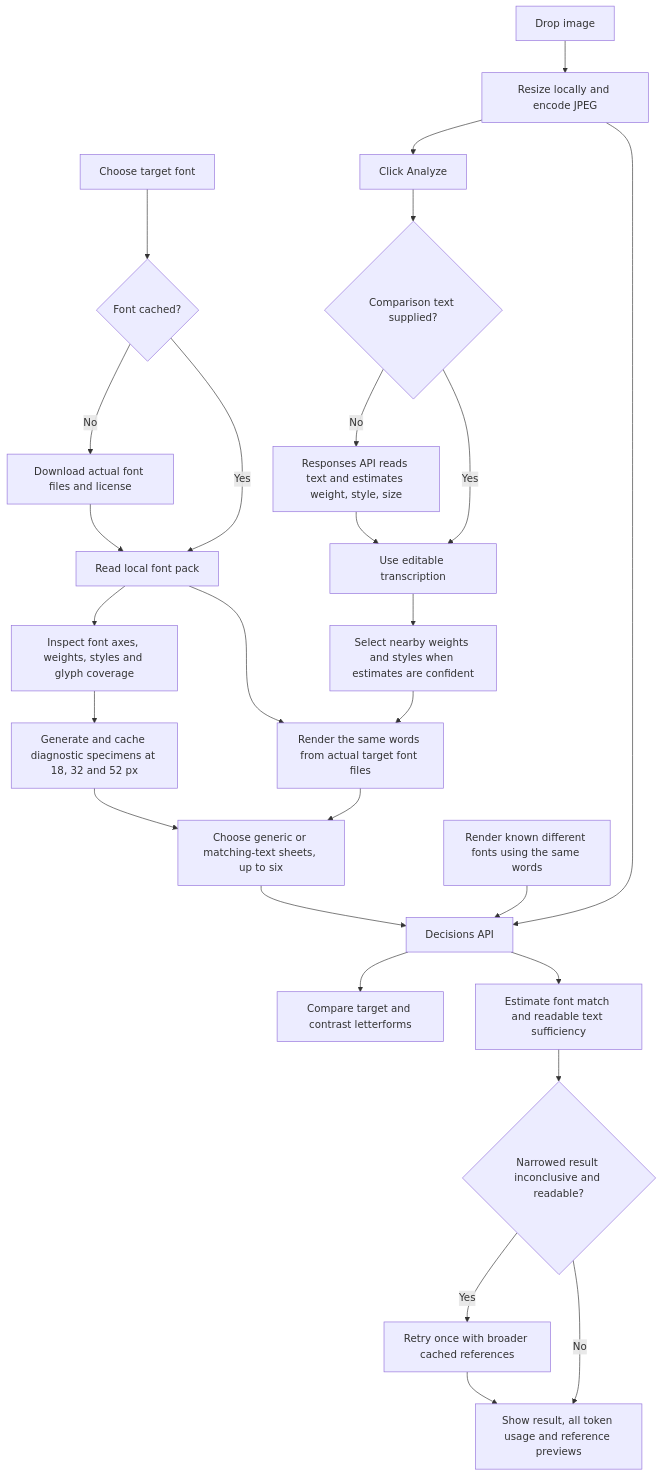
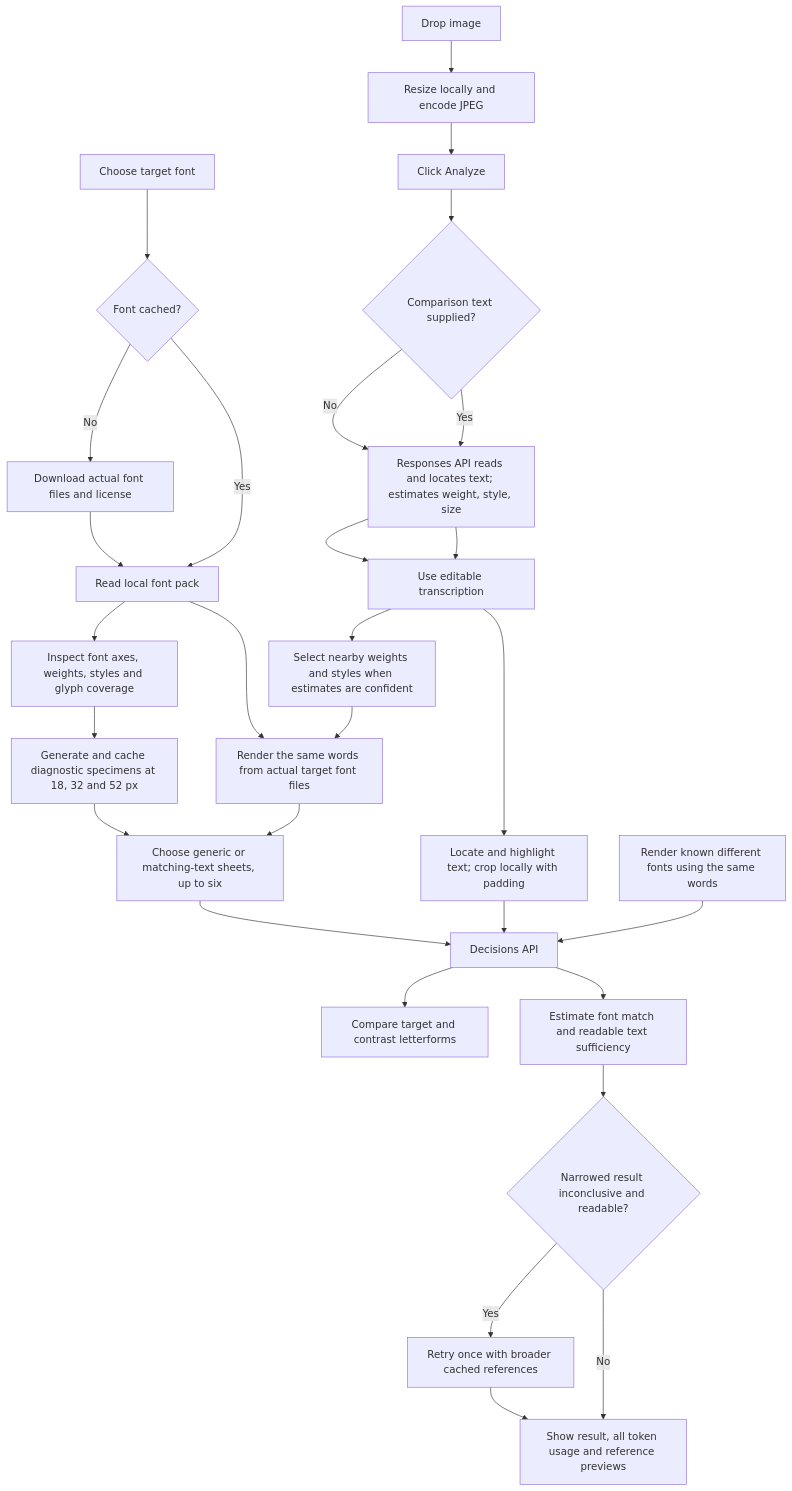
One commit to DannyRuchtie/FontsChecker changed the diagram in README.md. Above: the diagram before and after it, drawn with Mermaid. The commit also changed other lines of this file and 5 other files, not shown here.

Commit message:
Locate and highlight comparison text and crop analysis target

````diff
--- a/README.md
+++ b/README.md
@@ -18,29 +18,31 @@
 ```mermaid
 flowchart TD
     A[Choose target font] --> B{Font cached?}
     B -->|No| C[Download actual font files and license]
     B -->|Yes| D[Read local font pack]
     C --> D
     D --> E[Inspect font axes, weights, styles and glyph coverage]
     E --> F[Generate and cache diagnostic specimens at 18, 32 and 52 px]
     G[Drop image] --> H[Resize locally and encode JPEG]
     H --> I[Click Analyze]
     I --> J{Comparison text supplied?}
-    J -->|No| K[Responses API reads text and estimates weight, style, size]
-    J -->|Yes| L[Use editable transcription]
+    J -->|No| K[Responses API reads and locates text; estimates weight, style, size]
+    J -->|Yes| K
+    K --> L[Use editable transcription]
     K --> L
     L --> T[Select nearby weights and styles when estimates are confident]
     T --> M[Render the same words from actual target font files]
     D --> M
     F --> N[Choose generic or matching-text sheets, up to six]
     M --> N
-    H --> O[Decisions API]
+    L --> W[Locate and highlight text; crop locally with padding]
+    W --> O[Decisions API]
     N --> O
     R[Render known different fonts using the same words] --> O
     O --> S[Compare target and contrast letterforms]
     O --> P[Estimate font match and readable text sufficiency]
     P --> U{Narrowed result inconclusive and readable?}
     U -->|Yes| V[Retry once with broader cached references]
     V --> Q[Show result, all token usage and reference previews]
     U -->|No| Q
 ```
````
